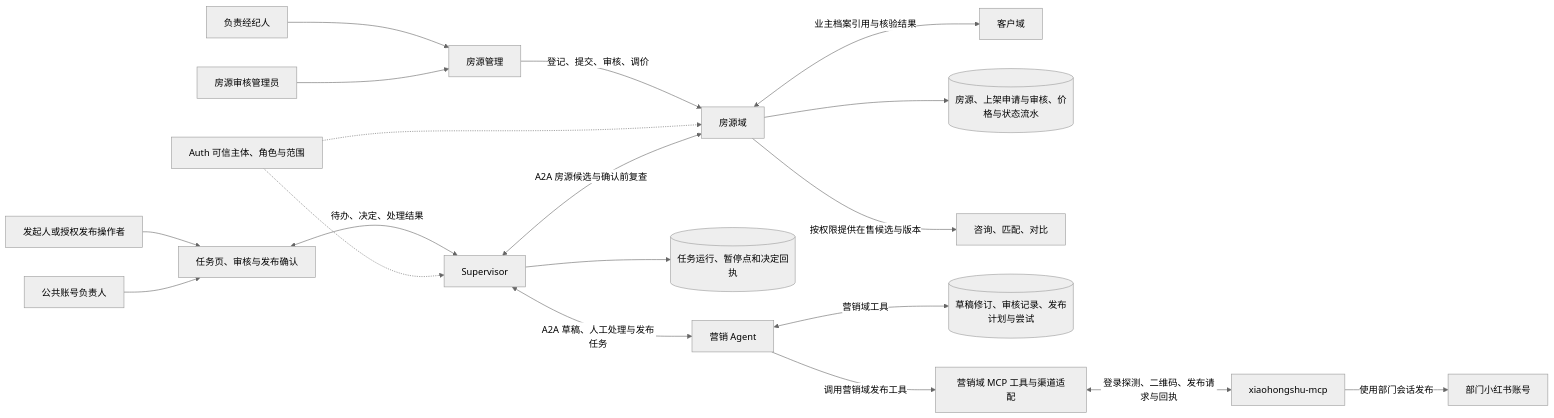
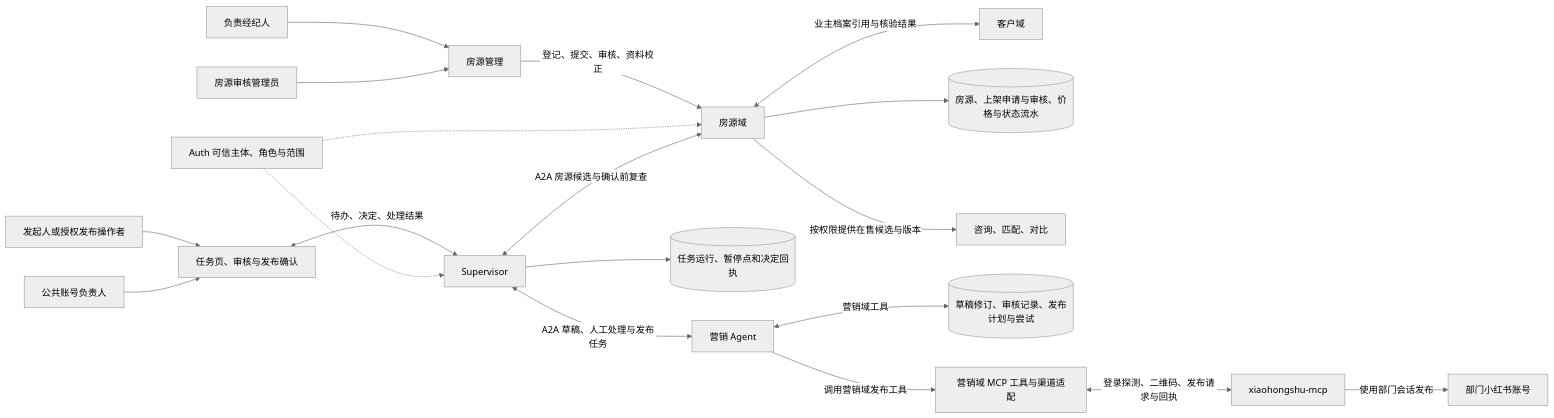
One commit to crj-tik/BkAnentProject changed the first of 4 diagrams in openspec/changes/align-listing-marketing-workflows/dataflow.md. Above: the diagram before and after it, drawn with Mermaid (neutral theme). The commit also changed other lines of this file and 6 other files, not shown here.

````diff
--- a/openspec/changes/align-listing-marketing-workflows/dataflow.md
+++ b/openspec/changes/align-listing-marketing-workflows/dataflow.md
@@ -7,22 +7,22 @@
 ```mermaid
 flowchart LR
     Broker[负责经纪人] --> ListingUI[房源管理]
     ReviewAdmin[房源审核管理员] --> ListingUI
-    ListingUI -->|登记、提交、审核、调价| Listing[房源域]
+    ListingUI -->|登记、提交、审核、资料校正| Listing[房源域]
     Auth[Auth 可信主体、角色与范围] -.-> Listing
     Listing <-->|业主档案引用与核验结果| Customer[客户域]
     Listing --> LDB[(房源、上架申请与审核、价格与状态流水)]
     Listing -->|按权限提供在售候选与版本| Select[咨询、匹配、对比]
 
     Operator[发起人或授权发布操作者] --> Studio[任务页、审核与发布确认]
     Maintainer[公共账号负责人] --> Studio
     Studio <-->|待办、决定、处理结果| Supervisor[Supervisor]
     Auth -.-> Supervisor
     Supervisor --> ADB[(任务运行、暂停点和决定回执)]
     Supervisor <-->|A2A 房源候选与确认前复查| Listing
     Supervisor <-->|A2A 草稿、人工处理与发布任务| Marketing[营销 Agent]
     Marketing <-->|营销域工具| MDB[(草稿修订、审核记录、发布计划与尝试)]
     Marketing -->|调用营销域发布工具| Publish[营销域 MCP 工具与渠道适配]
     Publish <-->|登录探测、二维码、发布请求与回执| MCP[xiaohongshu-mcp]
     MCP -->|使用部门会话发布| XHS[部门小红书账号]
 ```
````
